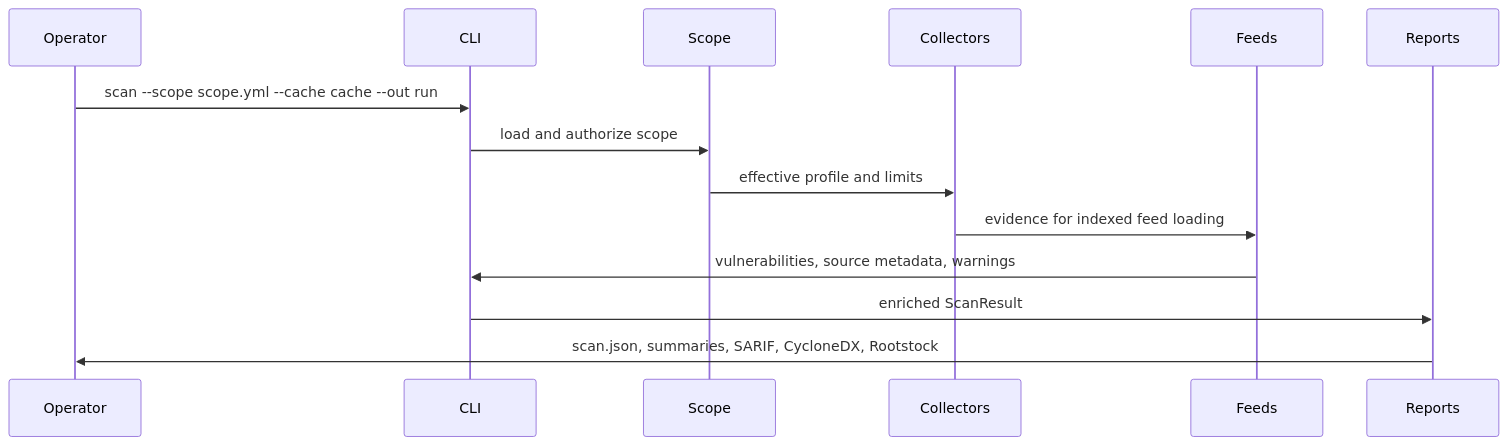
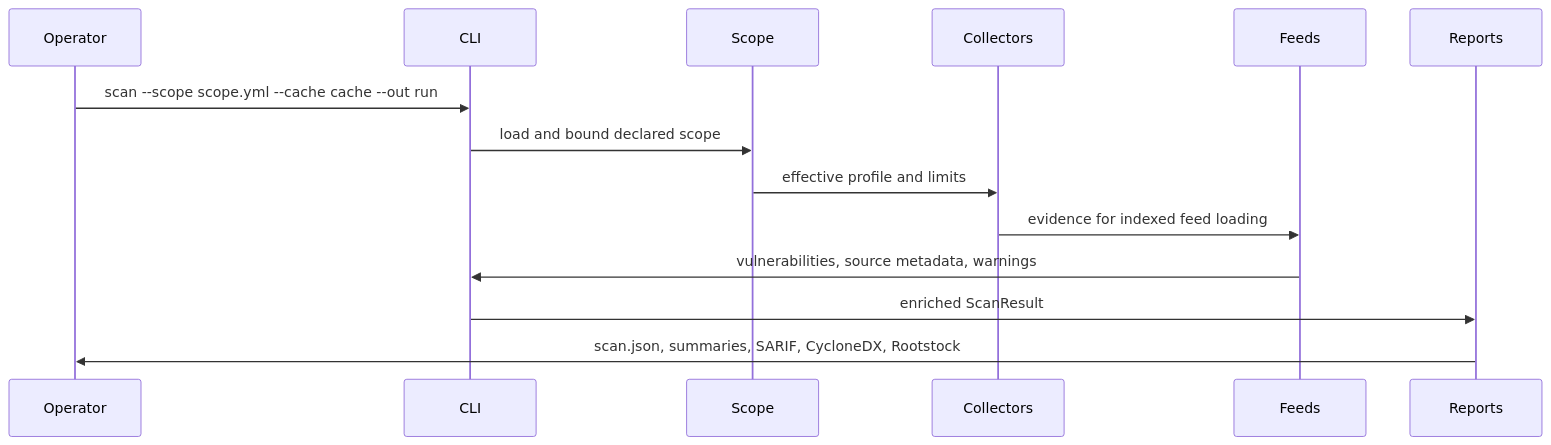
One commit to sebastianspicker/rootstock-macos changed the second of 2 diagrams in modules/cve-scan/docs/architecture.md. Above: the diagram before and after it, drawn with Mermaid. The commit also changed other lines of this file and 1025 other files, not shown here.

````diff
--- a/modules/cve-scan/docs/architecture.md
+++ b/modules/cve-scan/docs/architecture.md
@@ -42,17 +42,17 @@
 ```mermaid
 sequenceDiagram
     participant Operator
     participant CLI
     participant Scope
     participant Collectors
     participant Feeds
     participant Reports
 
     Operator->>CLI: scan --scope scope.yml --cache cache --out run
-    CLI->>Scope: load and authorize scope
+    CLI->>Scope: load and bound declared scope
     Scope->>Collectors: effective profile and limits
     Collectors->>Feeds: evidence for indexed feed loading
     Feeds->>CLI: vulnerabilities, source metadata, warnings
     CLI->>Reports: enriched ScanResult
     Reports->>Operator: scan.json, summaries, SARIF, CycloneDX, Rootstock
 ```
````
